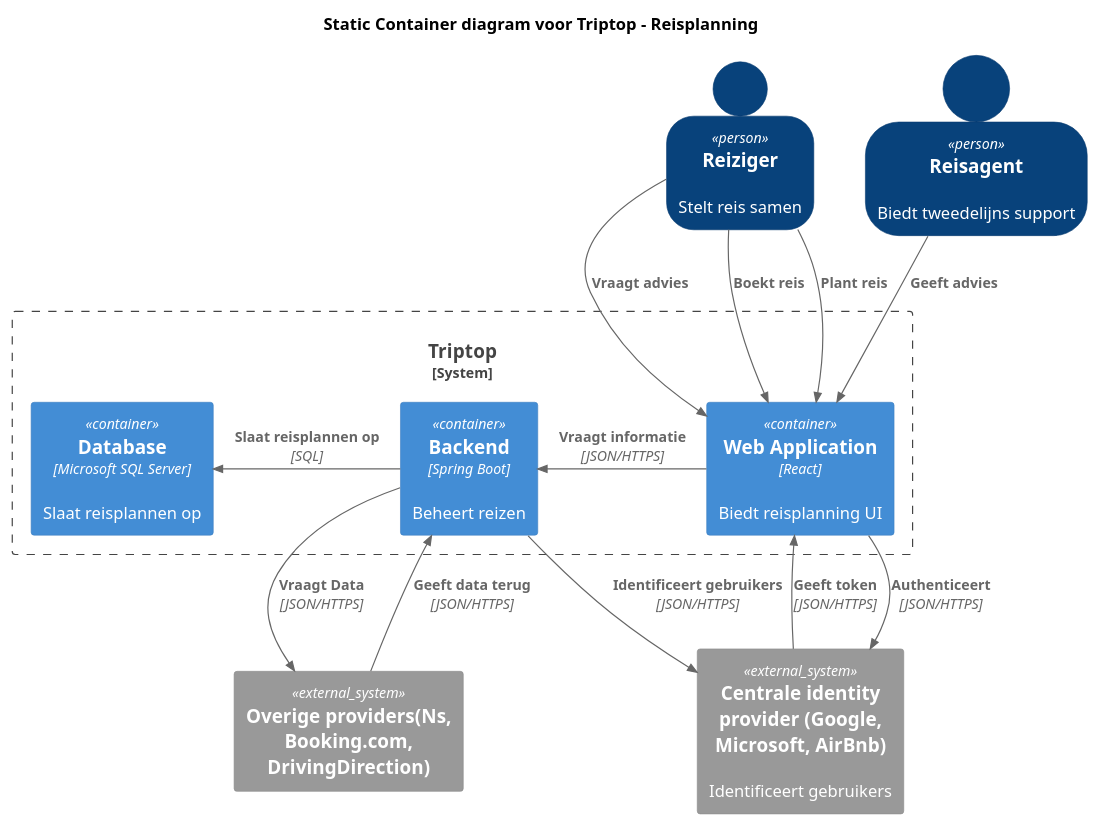
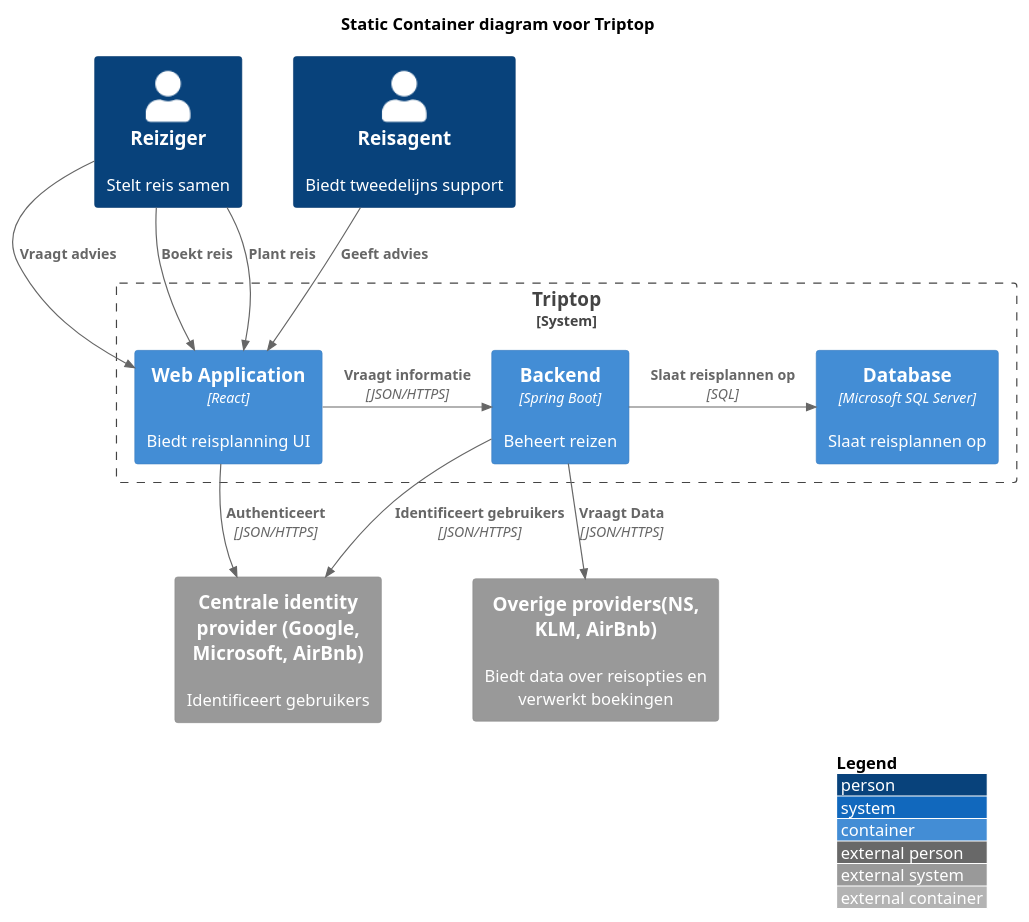
One commit to AIM-ENE-feb25/triptop-groep-tweeeeeeeeeeeeeeeeeeeeee changed the diagram in c4 container diagram.puml. Above: the diagram before and after it, drawn with PlantUML. The commit also changed 6 other files, not shown here.

```diff
--- a/c4 container diagram.puml
+++ b/c4 container diagram.puml
@@ -1,34 +1,32 @@
 @startuml "Triptop Dynamic Container Diagram"
 
 !include https://raw.githubusercontent.com/plantuml-stdlib/C4-PlantUML/master/C4_Container.puml
 
-title Static Container diagram voor Triptop - Reisplanning
-SHOW_PERSON_OUTLINE()
+title Static Container diagram voor Triptop
 
 Person(reiziger, "Reiziger", "Stelt reis samen")
 Person(reisagent, "Reisagent", "Biedt tweedelijns support")
 
 System_Boundary(triptop_system, "Triptop") {
   Container(frontend, "Web Application", "React", "Biedt reisplanning UI")
   Container(backend, "Backend", "Spring Boot", "Beheert reizen")
   Container(db, "Database", "Microsoft SQL Server", "Slaat reisplannen op")
 }
 
 System_Ext(centrale_identity_provider, "Centrale identity provider (Google, Microsoft, AirBnb)", "Identificeert gebruikers")
-System_Ext(overige_providers, "Overige providers(Ns, Booking.com, DrivingDirection)", "")
+System_Ext(overige_providers, "Overige providers(NS, KLM, AirBnb)", "Biedt data over reisopties en verwerkt boekingen")
 
 Rel_D(reiziger, frontend, "Plant reis")
 Rel_L(frontend, backend, "Vraagt informatie", "JSON/HTTPS")
-Rel_L(backend, db, "Slaat reisplannen op", "SQL")
+Rel_R(backend, db, "Slaat reisplannen op", "SQL")
 Rel_D(reiziger, frontend, "Vraagt advies")
 Rel_D(reisagent, frontend, "Geeft advies")
 Rel_D(reiziger, frontend, "Boekt reis")
 
 Rel_D(frontend, centrale_identity_provider, "Authenticeert", "JSON/HTTPS")
 Rel_D(backend, centrale_identity_provider, "Identificeert gebruikers", "JSON/HTTPS")
 Rel_D(backend, overige_providers, "Vraagt Data", "JSON/HTTPS")
 
-Rel(centrale_identity_provider, frontend, "Geeft token","JSON/HTTPS")
-Rel_U(overige_providers, backend, "Geeft data terug","JSON/HTTPS")
+LAYOUT_WITH_LEGEND()
 
 @enduml
```
